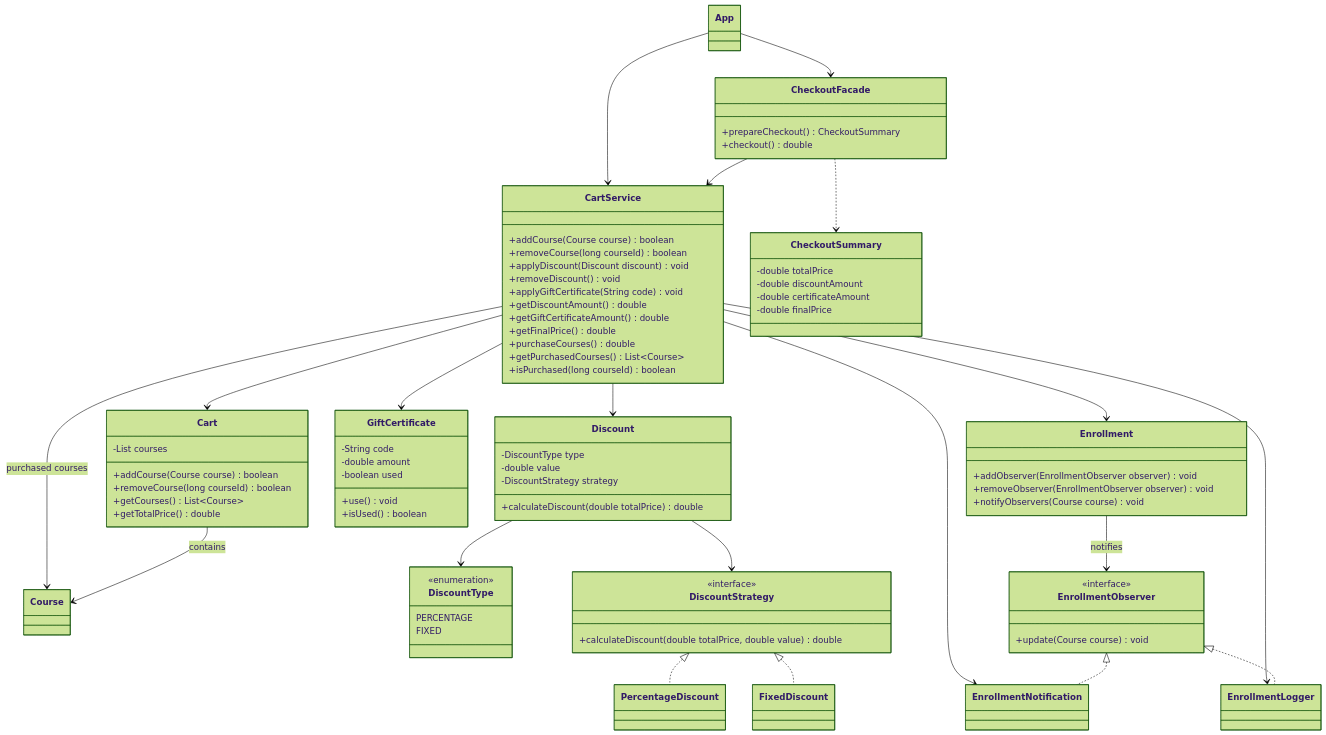
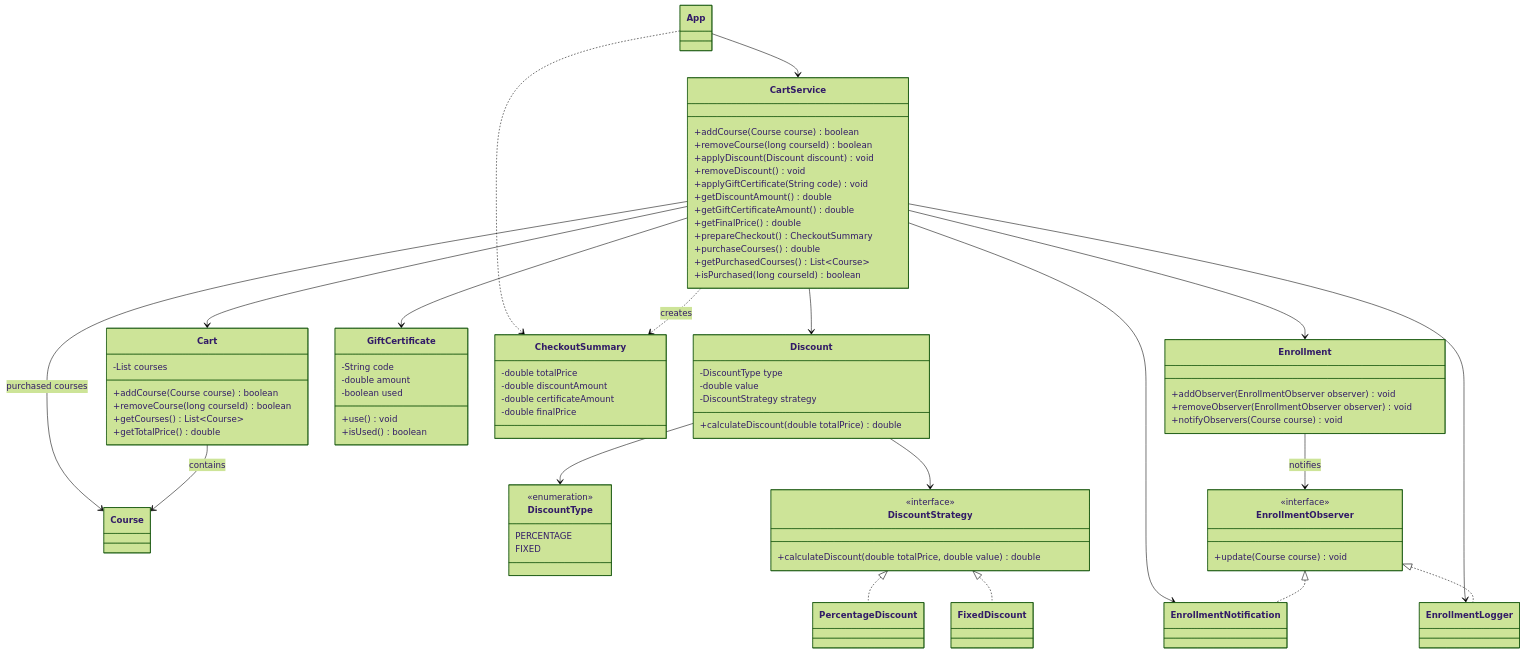
One commit to extwel/LinguaHub changed the third of 6 diagrams in README.md. Above: the diagram before and after it, drawn with Mermaid (forest theme). The commit also changed other lines of this file and 5 other files, not shown here.

```diff
--- a/README.md
+++ b/README.md
@@ -205,6 +208,7 @@
         +getDiscountAmount() double
         +getGiftCertificateAmount() double
         +getFinalPrice() double
+        +prepareCheckout() CheckoutSummary
         +purchaseCourses() double
         +getPurchasedCourses() List~Course~
         +isPurchased(long courseId) boolean
@@ -239,11 +243,6 @@
         +isUsed() boolean
     }
 
-    class CheckoutFacade {
-        +prepareCheckout() CheckoutSummary
-        +checkout() double
-    }
-
     class CheckoutSummary {
         -double totalPrice
         -double discountAmount
@@ -266,11 +265,9 @@
     class EnrollmentLogger
 
     App --> CartService
-    App --> CheckoutFacade
+    App ..> CheckoutSummary
 
-    CheckoutFacade --> CartService
-    CheckoutFacade ..> CheckoutSummary
-
+    CartService ..> CheckoutSummary : creates
     CartService --> Cart
     CartService --> Discount
     CartService --> GiftCertificate
```
